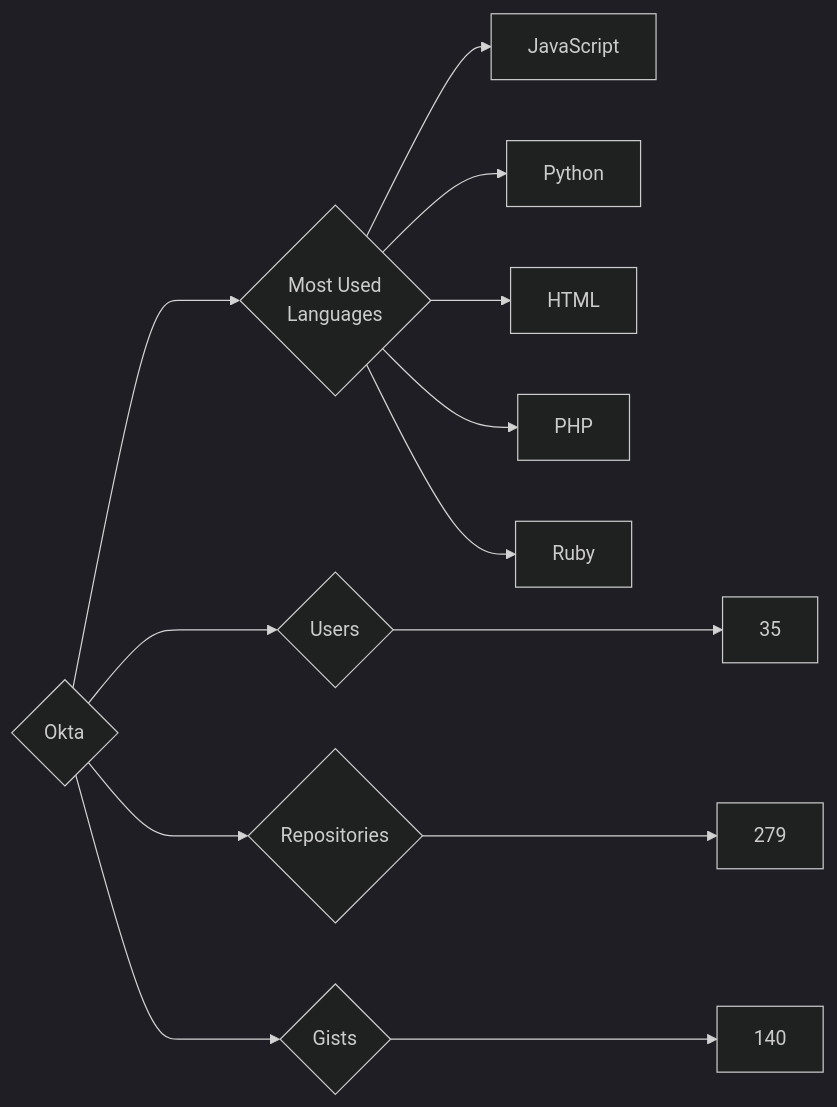
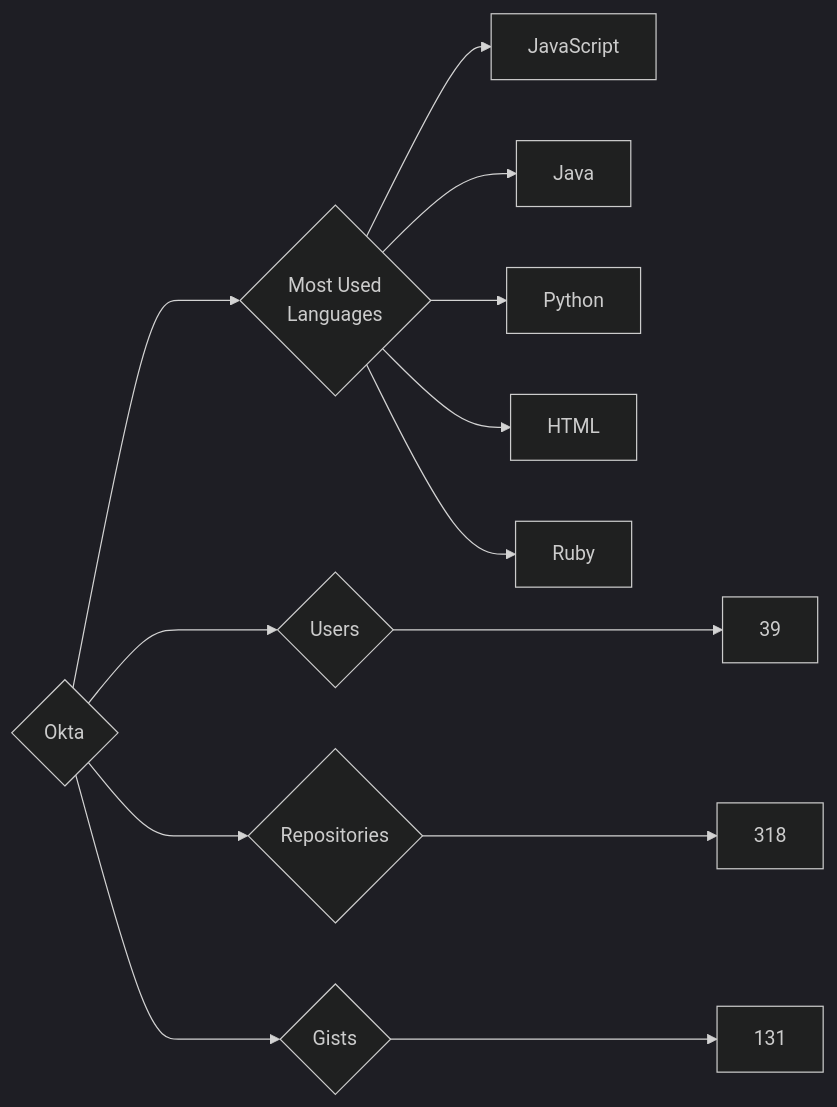
Before and after one commit to trickest/insiders: the diagram in targets/Okta/README.md, drawn with Mermaid (dark theme). The commit also changed 953 other files, not shown here.

````diff
--- a/targets/Okta/README.md
+++ b/targets/Okta/README.md
@@ -3,13 +3,13 @@
 ```mermaid
 graph LR
 COMPANY_NAME{Okta}
-COMPANY_NAME ---> U{Users} ---> UN[35]
-COMPANY_NAME ---> R{Repositories} ---> RN[279]
-COMPANY_NAME ---> G{Gists} ---> GN[140]
+COMPANY_NAME ---> U{Users} ---> UN[39]
+COMPANY_NAME ---> R{Repositories} ---> RN[318]
+COMPANY_NAME ---> G{Gists} ---> GN[131]
 COMPANY_NAME ---> ML{Most Used<br>Languages}
 ML --> JavaScript[JavaScript]
+ML --> Java[Java]
 ML --> Python[Python]
 ML --> HTML[HTML]
-ML --> PHP[PHP]
 ML --> Ruby[Ruby]
 ```
````
